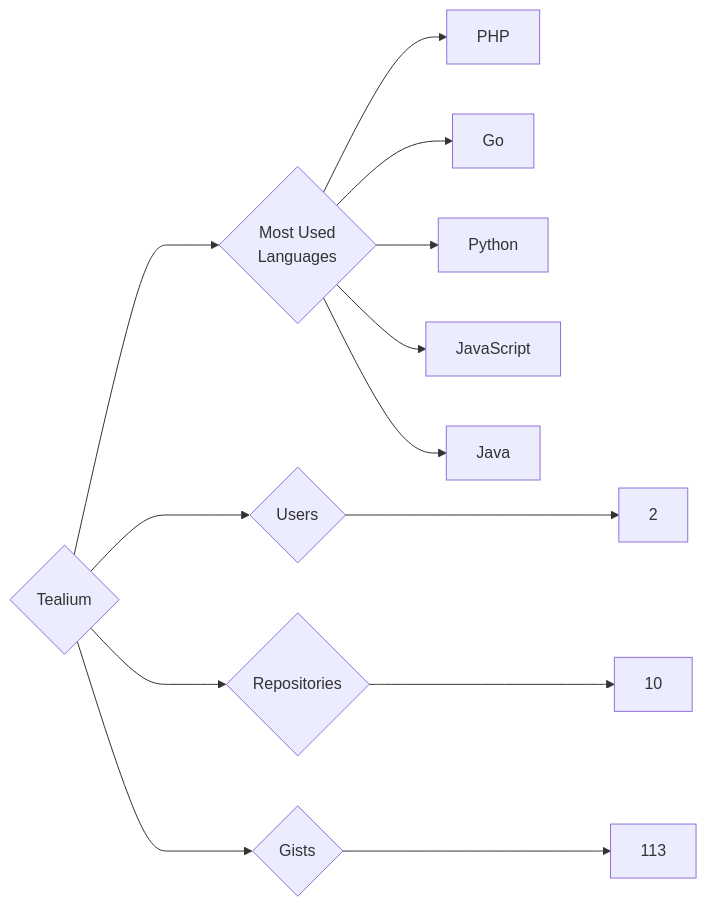
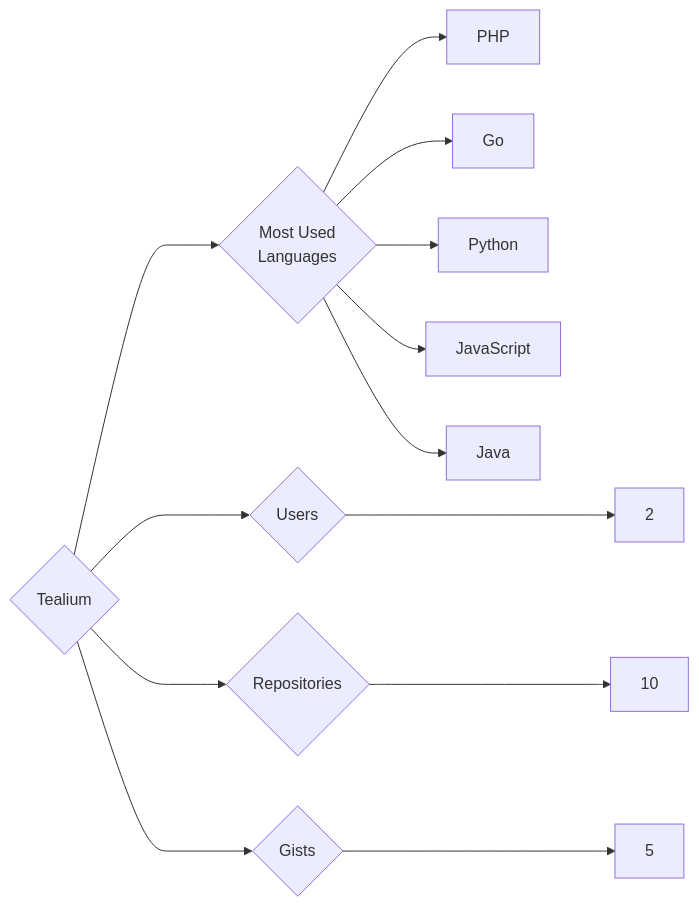
The diagram in targets/Tealium/README.md (trickest/insiders), drawn with Mermaid before and after one commit. The commit also changed 833 other files, not shown here.

````diff
--- a/targets/Tealium/README.md
+++ b/targets/Tealium/README.md
@@ -3,13 +3,13 @@
 ```mermaid
 graph LR
 COMPANY_NAME{Tealium}
 COMPANY_NAME ---> U{Users} ---> UN[2]
 COMPANY_NAME ---> R{Repositories} ---> RN[10]
-COMPANY_NAME ---> G{Gists} ---> GN[113]
+COMPANY_NAME ---> G{Gists} ---> GN[5]
 COMPANY_NAME ---> ML{Most Used<br>Languages}
 ML --> PHP[PHP]
 ML --> Go[Go]
 ML --> Python[Python]
 ML --> JavaScript[JavaScript]
 ML --> Java[Java]
 ```
````
